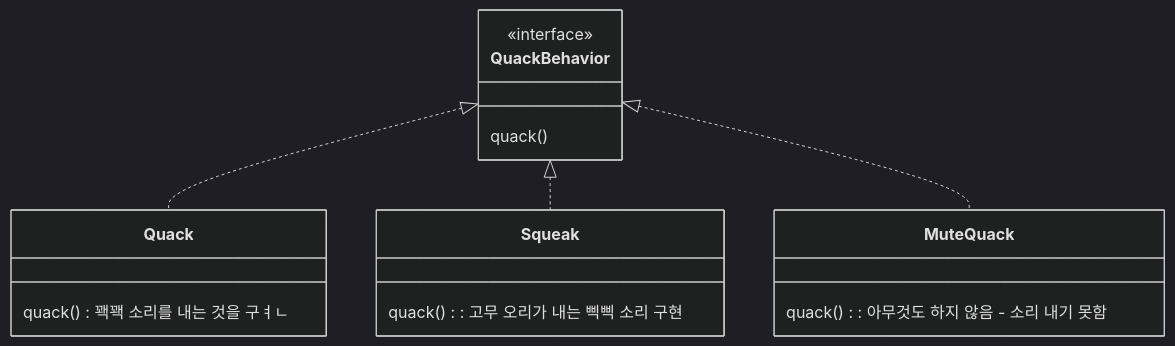
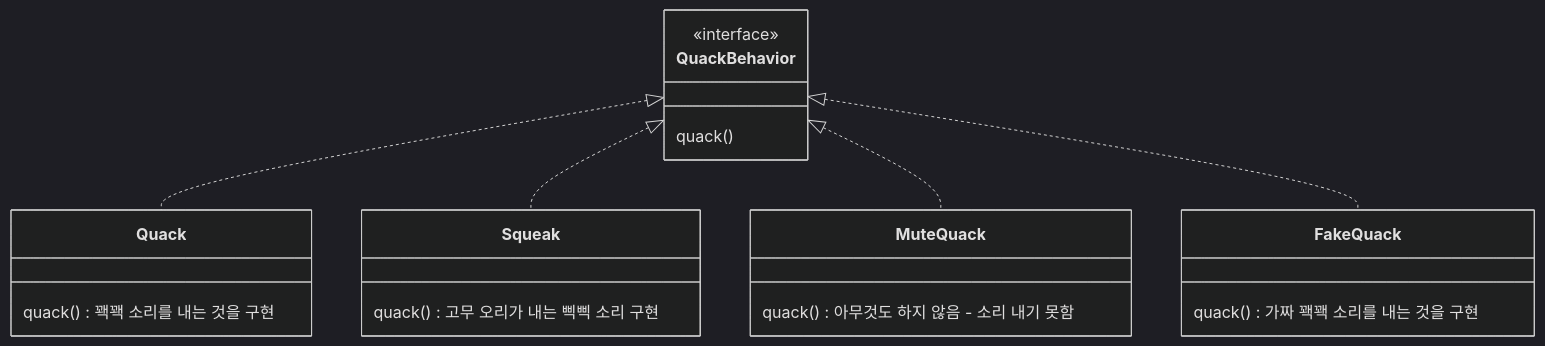
One commit to choesimin/choesimin.github.io changed the third of 3 diagrams in design/design-pattern/strategy-pattern.md. Above: the diagram before and after it, drawn with Mermaid (dark theme). The commit also changed other lines of this file and 2 other files, not shown here.

````diff
--- a/design/design-pattern/strategy-pattern.md
+++ b/design/design-pattern/strategy-pattern.md
@@ -78,24 +90,29 @@
 ```mermaid
 classDiagram
 
 class QuackBehavior {
     <<interface>>
     quack()
 }
 
 class Quack {
-    quack() 꽥꽥 소리를 내는 것을 구ㅕㄴ
+    quack() 꽥꽥 소리를 내는 것을 구현
 }
 
 class Squeak {
-    quack() : 고무 오리가 내는 삑삑 소리 구현
+    quack() 고무 오리가 내는 삑삑 소리 구현
 }
 
 class MuteQuack {
-    quack() : 아무것도 하지 않음 - 소리 내기 못함
+    quack() 아무것도 하지 않음 - 소리 내기 못함
+}
+
+class FakeQuack {
+    quack() 가짜 꽥꽥 소리를 내는 것을 구현
 }
 
 QuackBehavior <|.. Quack
 QuackBehavior <|.. Squeak
 QuackBehavior <|.. MuteQuack
+QuackBehavior <|.. FakeQuack
 ```
````
